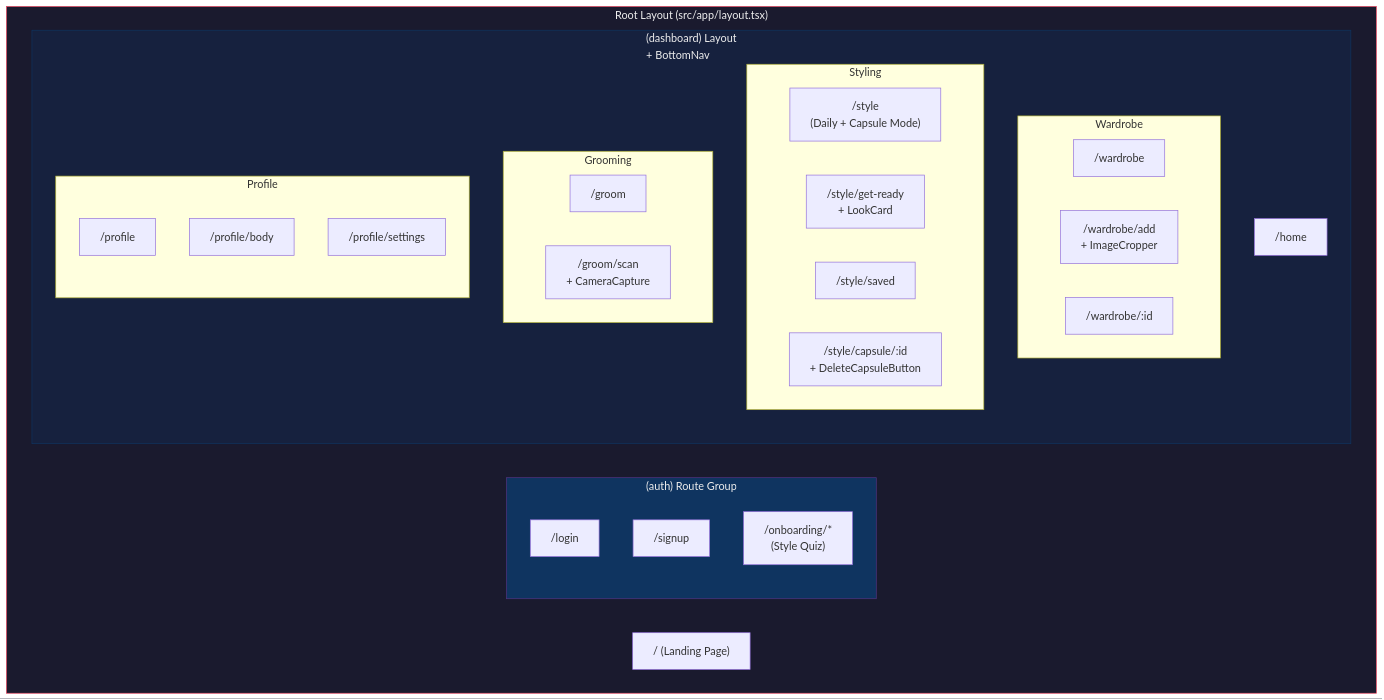
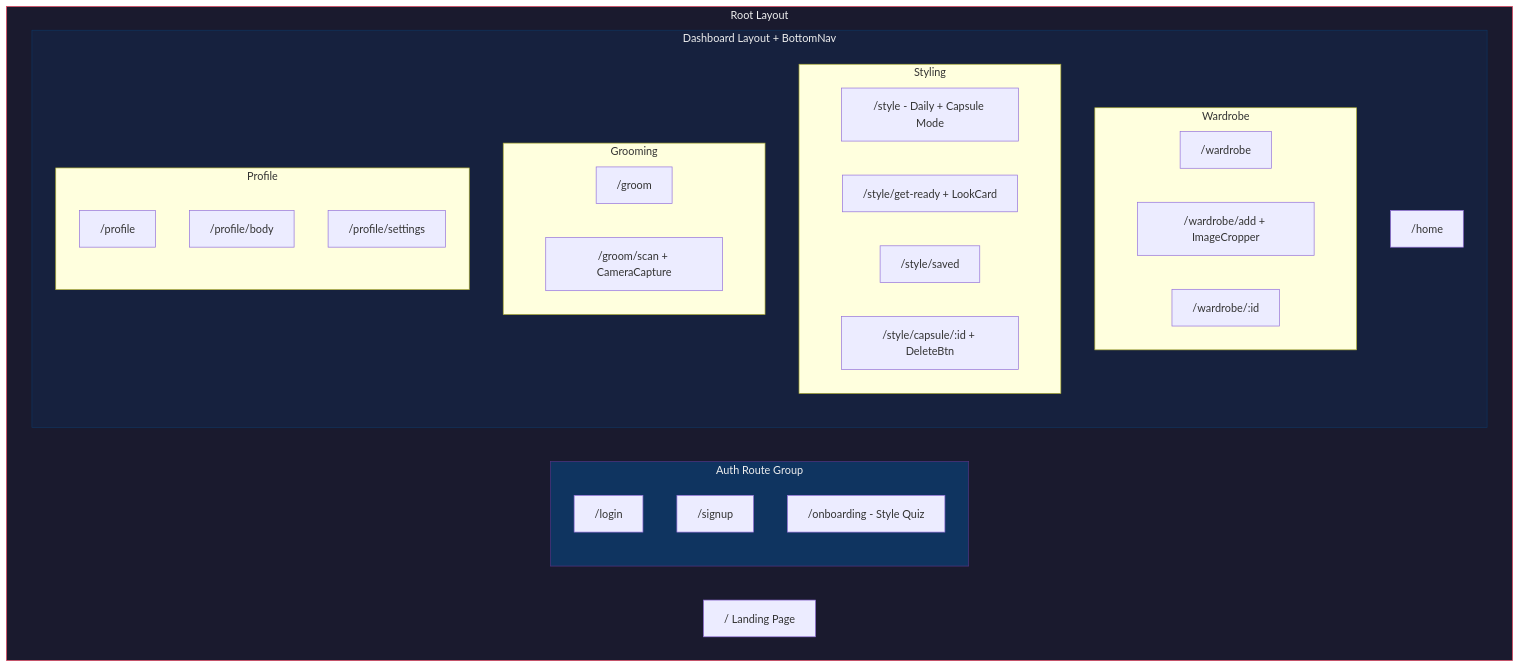
The ninth of 12 diagrams in docs/ARCHITECTURE.md (ompurwar/grooming-os), drawn with Mermaid before and after one commit. The commit also changed other lines of this file and 8 other files, not shown here.

Commit message:
fix: resolve Mermaid parse errors in architecture diagrams

````diff
--- a/docs/ARCHITECTURE.md
+++ b/docs/ARCHITECTURE.md
@@ -407,44 +408,44 @@
 ```mermaid
 graph TB
-    subgraph RootLayout["Root Layout (src/app/layout.tsx)"]
-        subgraph AuthGroup["(auth) Route Group"]
+    subgraph RootLayout["Root Layout"]
+        subgraph AuthGroup["Auth Route Group"]
             LoginPage["/login"]
             SignupPage["/signup"]
-            OnboardingPages["/onboarding/*<br/>(Style Quiz)"]
+            OnboardingPages["/onboarding - Style Quiz"]
         end
 
-        subgraph DashLayout["(dashboard) Layout<br/>+ BottomNav"]
+        subgraph DashLayout["Dashboard Layout + BottomNav"]
             HomePage["/home"]
 
             subgraph WardrobeSection["Wardrobe"]
                 WardrobePage["/wardrobe"]
-                WardrobeAddPage["/wardrobe/add<br/>+ ImageCropper"]
+                WardrobeAddPage["/wardrobe/add + ImageCropper"]
                 WardrobeDetailPage["/wardrobe/:id"]
             end
 
             subgraph StyleSection["Styling"]
-                StylePage["/style<br/>(Daily + Capsule Mode)"]
-                GetReadyPage["/style/get-ready<br/>+ LookCard"]
+                StylePage["/style - Daily + Capsule Mode"]
+                GetReadyPage["/style/get-ready + LookCard"]
                 SavedPage["/style/saved"]
-                CapsuleDetailPage["/style/capsule/:id<br/>+ DeleteCapsuleButton"]
+                CapsuleDetailPage["/style/capsule/:id + DeleteBtn"]
             end
 
             subgraph GroomSection["Grooming"]
                 GroomPage["/groom"]
-                GroomScanPage["/groom/scan<br/>+ CameraCapture"]
+                GroomScanPage["/groom/scan + CameraCapture"]
             end
 
             subgraph ProfileSection["Profile"]
                 ProfilePage["/profile"]
                 ProfileBodyPage["/profile/body"]
                 ProfileSettingsPage["/profile/settings"]
             end
         end
 
-        LandingPage["/ (Landing Page)"]
+        LandingPage["/ Landing Page"]
     end
 
     style RootLayout fill:#1a1a2e,stroke:#e94560,color:#eee
     style DashLayout fill:#16213e,stroke:#0f3460,color:#eee
     style AuthGroup fill:#0f3460,stroke:#533483,color:#eee
 ```
````
